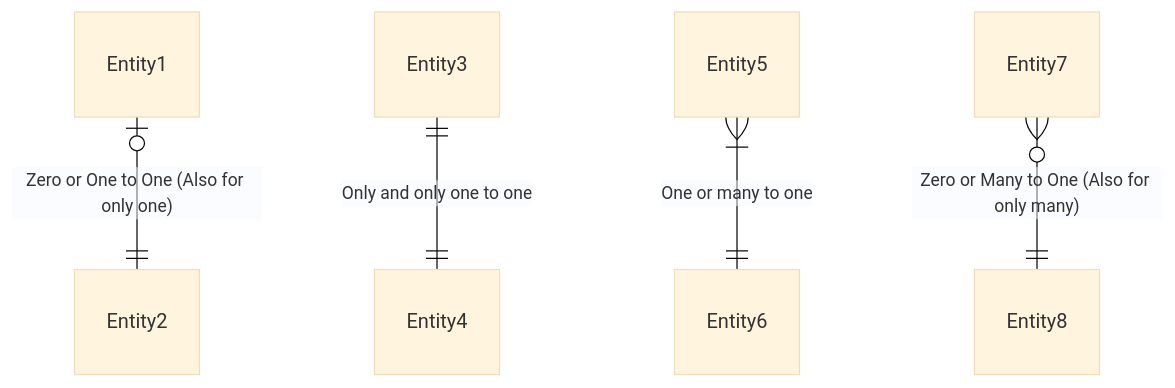
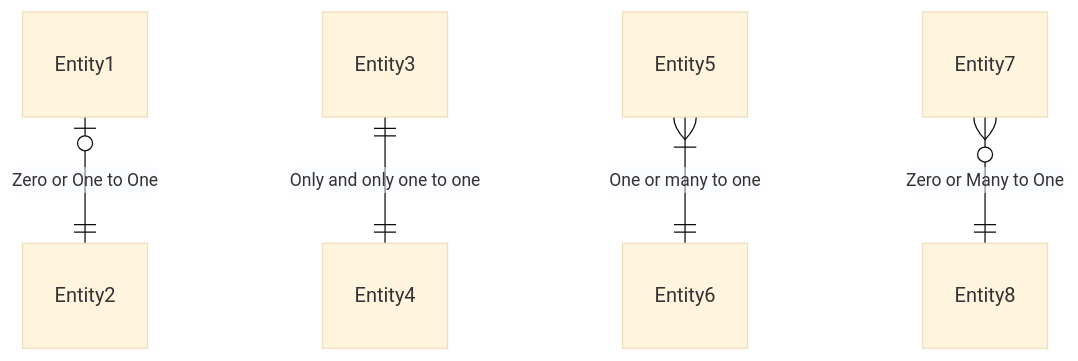
Before and after one commit to vishvish2/COMP0035-tutorials-2025: the diagram in src/activities/db/key.md, drawn with Mermaid (base theme).

Commit message:
Modified key mermaid diagram

````diff
--- a/src/activities/db/key.md
+++ b/src/activities/db/key.md
@@ -1,10 +1,10 @@
 ```mermaid
 erDiagram
-    Entity1 o|--|| Entity2 : "Zero or One to One (Also for only one)"
+    Entity1 o|--|| Entity2 : "Zero or One to One"
 
     Entity3 ||--|| Entity4 : "Only and only one to one"
 
     Entity5 }|--|| Entity6 : "One or many to one"
 
-    Entity7 }o--|| Entity8 : "Zero or Many to One (Also for only many)"
+    Entity7 }o--|| Entity8 : "Zero or Many to One"
 ```
````
